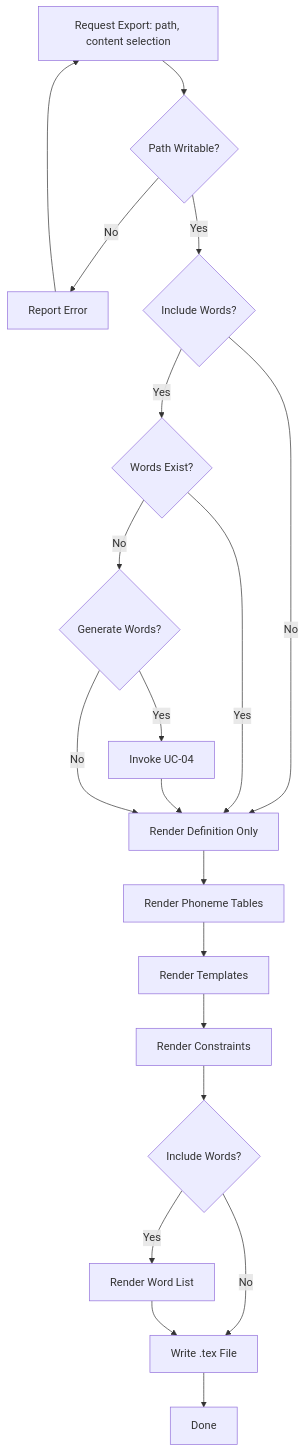
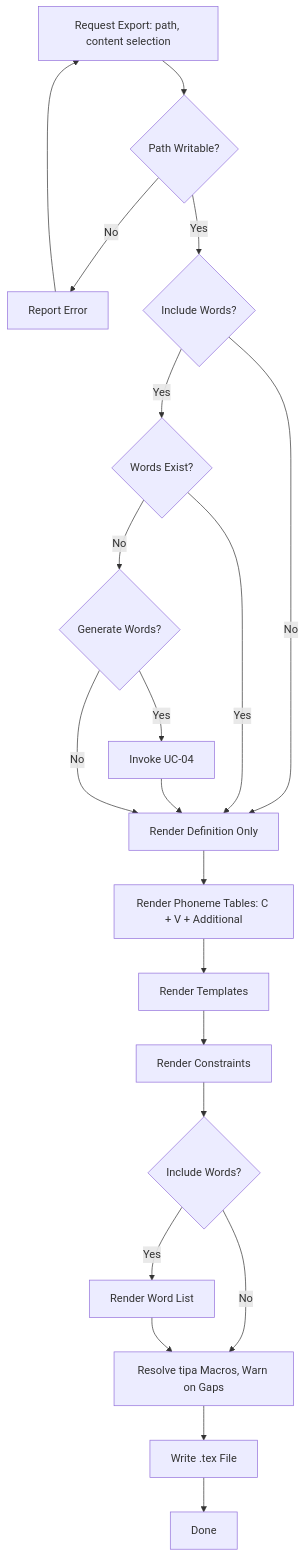
One commit to Danweel/LatticeLang changed the diagram in docs/source/use_cases/user_goal_level/UC-07_export_to_latex.rst. Above: the diagram before and after it, drawn with Mermaid. The commit also changed other lines of this file and 151 other files, not shown here.

```diff
--- a/docs/source/use_cases/user_goal_level/UC-07_export_to_latex.rst
+++ b/docs/source/use_cases/user_goal_level/UC-07_export_to_latex.rst
@@ -148,22 +162,23 @@
 .. mermaid::
 
    graph TD
        A[Request Export: path, content selection] --> B{Path Writable?}
        B -->|No| C[Report Error]
        C --> A
        B -->|Yes| D{Include Words?}
        D -->|Yes| E{Words Exist?}
        D -->|No| F[Render Definition Only]
        E -->|Yes| F
        E -->|No| G{Generate Words?}
        G -->|Yes| H[Invoke UC-04]
        H --> F
        G -->|No| F
-       F --> I[Render Phoneme Tables]
+       F --> I[Render Phoneme Tables: C + V + Additional]
        I --> J[Render Templates]
        J --> K[Render Constraints]
        K --> L{Include Words?}
        L -->|Yes| M[Render Word List]
-       L -->|No| N[Write .tex File]
+   L -->|No| N[Resolve tipa Macros, Warn on Gaps]
        M --> N
-       N --> O[Done]
+       N --> O[Write .tex File]
+       O --> P[Done]
```
